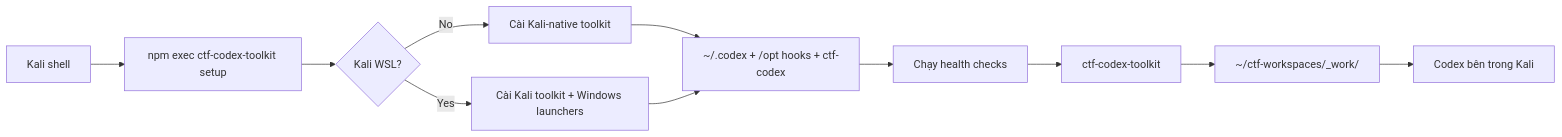
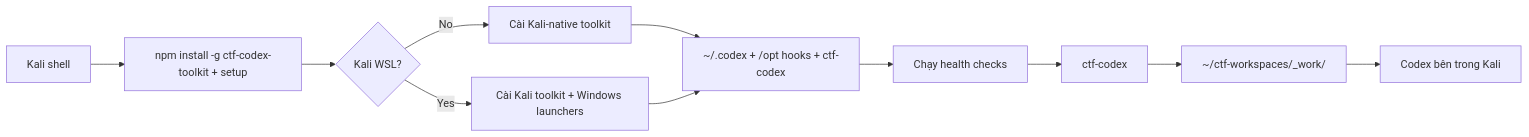
The second of 2 diagrams in README.md (nimosocute/ctf-codex-toolkit), drawn with Mermaid before and after one commit. The commit also changed other lines of this file, not shown here.

Commit message:
Clarify global install workflow

````diff
--- a/README.md
+++ b/README.md
@@ -745,13 +791,13 @@
 ```mermaid
 flowchart LR
-    A["Kali shell"] --> B["npm exec ctf-codex-toolkit setup"]
+    A["Kali shell"] --> B["npm install -g ctf-codex-toolkit + setup"]
     B --> C{"Kali WSL?"}
     C -->|No| D["Cài Kali-native toolkit"]
     C -->|Yes| E["Cài Kali toolkit + Windows launchers"]
     D --> F["~/.codex + /opt hooks + ctf-codex"]
     E --> F
     F --> G["Chạy health checks"]
-    G --> H["ctf-codex-toolkit <challenge>"]
+    G --> H["ctf-codex <challenge>"]
     H --> I["~/ctf-workspaces/_work/<challenge>"]
     I --> J["Codex bên trong Kali"]
 ```
````
